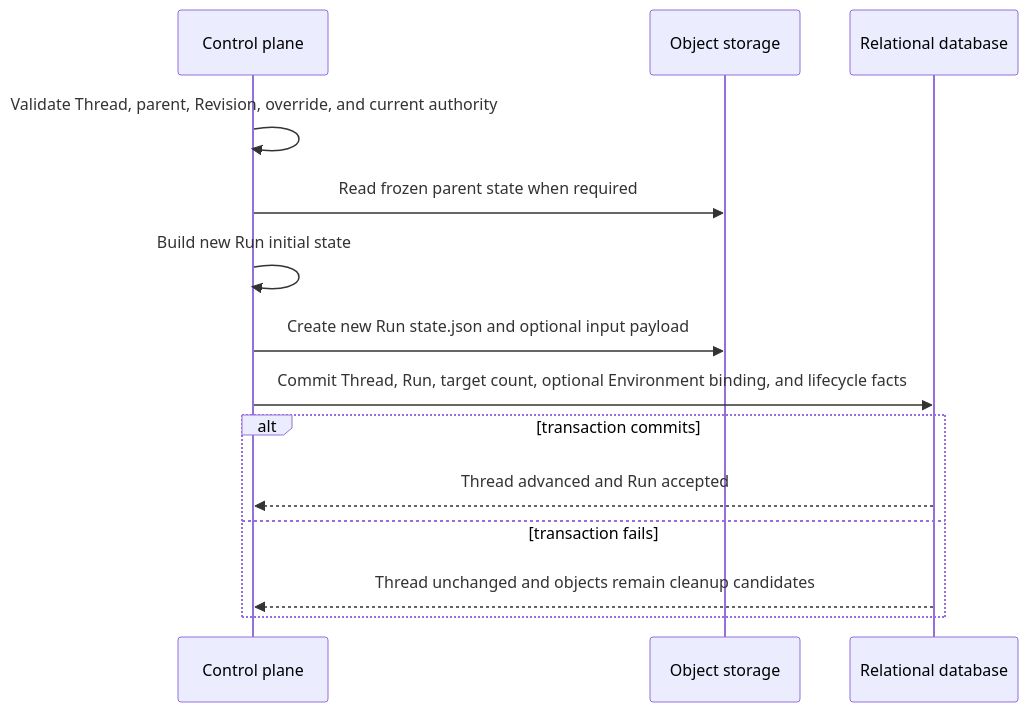
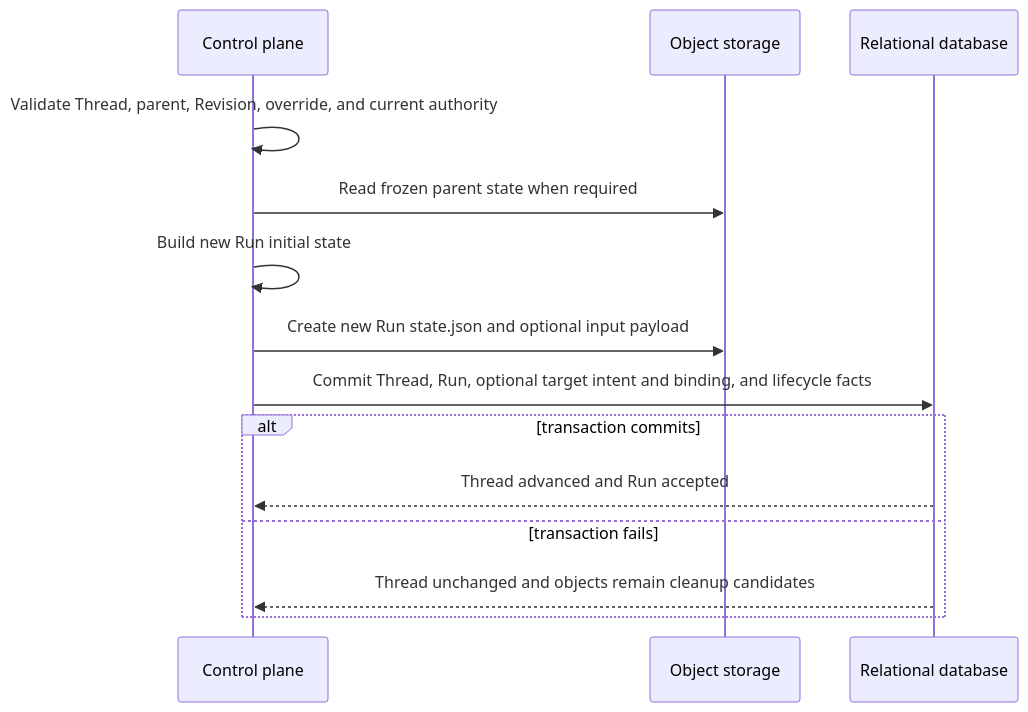
The fourth of 4 diagrams in spec/foundation-service/12-run-persistence.md (LTThreeComma/agent-foundation), drawn with Mermaid before and after one commit. The commit also changed other lines of this file and 37 other files, not shown here.

Commit message:
Update repository architecture and development tooling

````diff
--- a/spec/foundation-service/12-run-persistence.md
+++ b/spec/foundation-service/12-run-persistence.md
@@ -540,17 +540,17 @@
 ```mermaid
 sequenceDiagram
     participant Control as Control plane
     participant Objects as Object storage
     participant DB as Relational database
 
     Control->>Control: Validate Thread, parent, Revision, override, and current authority
     Control->>Objects: Read frozen parent state when required
     Control->>Control: Build new Run initial state
     Control->>Objects: Create new Run state.json and optional input payload
-    Control->>DB: Commit Thread, Run, target count, optional Environment binding, and lifecycle facts
+    Control->>DB: Commit Thread, Run, optional target intent and binding, and lifecycle facts
     alt transaction commits
         DB-->>Control: Thread advanced and Run accepted
     else transaction fails
         DB-->>Control: Thread unchanged and objects remain cleanup candidates
     end
 ```
````
